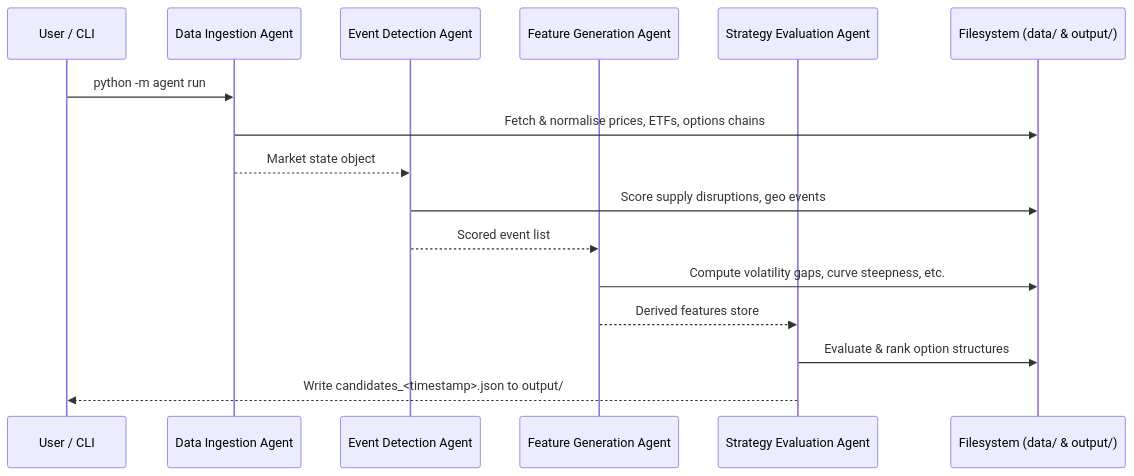
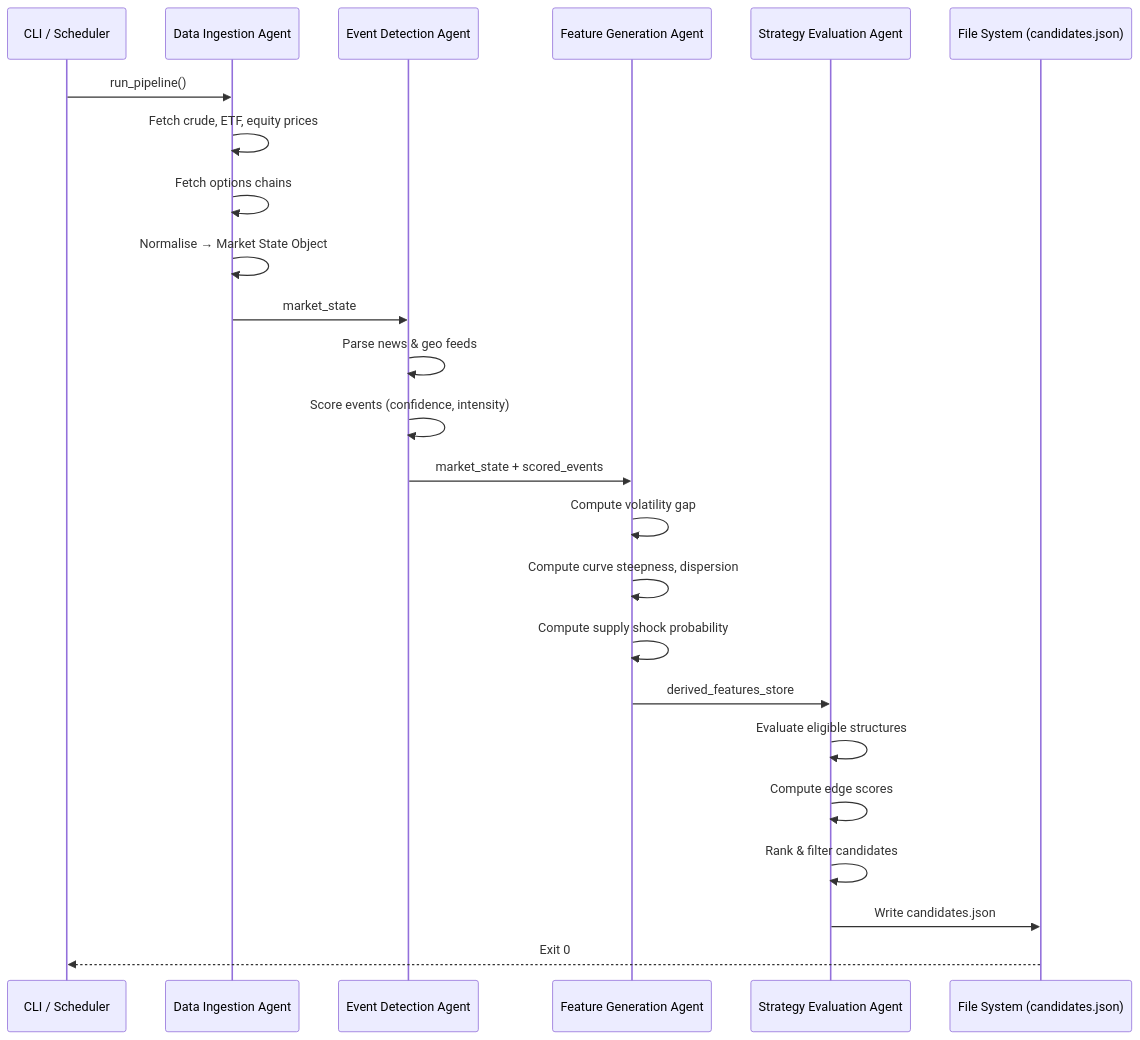
The second of 2 diagrams in docs/generated/user_guide_full-pipeline.md (jeisenback/golden_boy_peanuts), drawn with Mermaid before and after one commit. The commit also changed other lines of this file, not shown here.

Commit message:
docs: regenerate user guide [skip ci]

````diff
--- a/docs/generated/user_guide_full-pipeline.md
+++ b/docs/generated/user_guide_full-pipeline.md
@@ -245,19 +230,27 @@
 ```mermaid
 sequenceDiagram
-    participant CLI as User / CLI
+    participant CLI as CLI / Scheduler
     participant DIA as Data Ingestion Agent
     participant EDA as Event Detection Agent
     participant FGA as Feature Generation Agent
     participant SEA as Strategy Evaluation Agent
-    participant FS  as Filesystem (data/ & output/)
+    participant FS as File System (candidates.json)
 
-    CLI->>DIA: python -m agent run
-    DIA->>FS: Fetch & normalise prices, ETFs, options chains
-    DIA-->>EDA: Market state object
-    EDA->>FS: Score supply disruptions, geo events
-    EDA-->>FGA: Scored event list
-    FGA->>FS: Compute volatility gaps, curve steepness, etc.
-    FGA-->>SEA: Derived features store
-    SEA->>FS: Evaluate & rank option structures
-    SEA-->>CLI: Write candidates_<timestamp>.json to output/
+    CLI->>DIA: run_pipeline()
+    DIA->>DIA: Fetch crude, ETF, equity prices
+    DIA->>DIA: Fetch options chains
+    DIA->>DIA: Normalise → Market State Object
+    DIA->>EDA: market_state
+    EDA->>EDA: Parse news & geo feeds
+    EDA->>EDA: Score events (confidence, intensity)
+    EDA->>FGA: market_state + scored_events
+    FGA->>FGA: Compute volatility gap
+    FGA->>FGA: Compute curve steepness, dispersion
+    FGA->>FGA: Compute supply shock probability
+    FGA->>SEA: derived_features_store
+    SEA->>SEA: Evaluate eligible structures
+    SEA->>SEA: Compute edge scores
+    SEA->>SEA: Rank & filter candidates
+    SEA->>FS: Write candidates.json
+    FS-->>CLI: Exit 0
 ```
````
